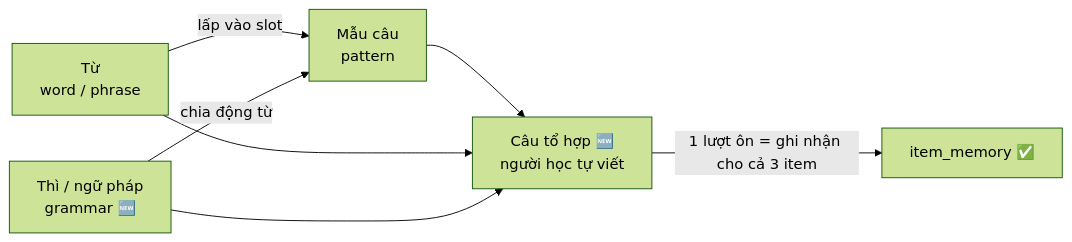
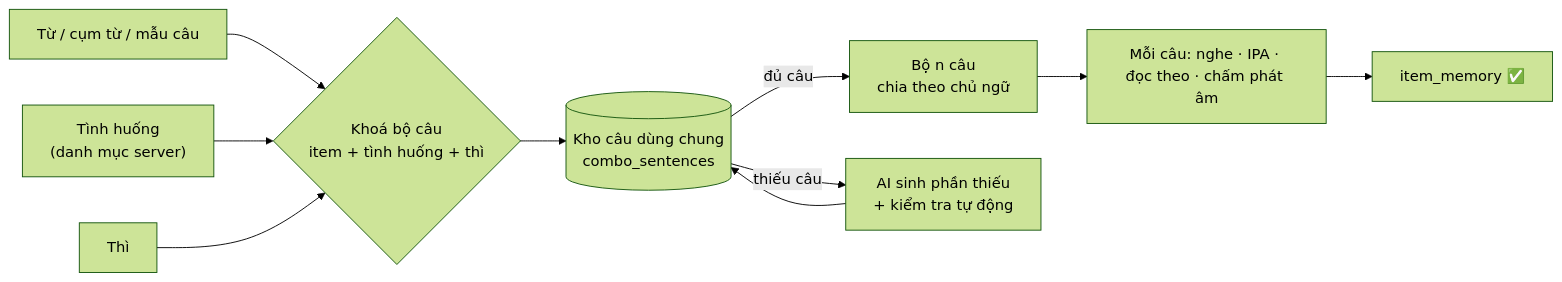
The first of 5 diagrams in docs/design/vocab-pattern-tense-path.md (hnhatr/LingoBites-App), drawn with Mermaid (forest theme) before and after one commit. The commit also changed other lines of this file, not shown here.

First line of the commit message:
docs: redesign combo sentences as server-generated subject-quota sets with shadowing

````diff
--- a/docs/design/vocab-pattern-tense-path.md
+++ b/docs/design/vocab-pattern-tense-path.md
@@ -22,9 +22,12 @@
 ```mermaid
 flowchart LR
-  W["Từ<br/>word / phrase"] -->|"lấp vào slot"| P["Mẫu câu<br/>pattern"]
-  G["Thì / ngữ pháp<br/>grammar 🆕"] -->|"chia động từ"| P
-  P --> C["Câu tổ hợp 🆕<br/>người học tự viết"]
-  W --> C
-  G --> C
-  C -->|"1 lượt ôn = ghi nhận cho cả 3 item"| M["item_memory ✅"]
+  W["Từ / cụm từ / mẫu câu"] --> K{"Khoá bộ câu<br/>item + tình huống + thì"}
+  S["Tình huống<br/>(danh mục server)"] --> K
+  G["Thì"] --> K
+  K --> POOL[("Kho câu dùng chung<br/>combo_sentences")]
+  POOL -->|"đủ câu"| SET["Bộ n câu<br/>chia theo chủ ngữ"]
+  POOL -->|"thiếu câu"| AI["AI sinh phần thiếu<br/>+ kiểm tra tự động"]
+  AI --> POOL
+  SET --> PR["Mỗi câu: nghe · IPA · đọc theo · chấm phát âm"]
+  PR --> M["item_memory ✅"]
 ```
````
